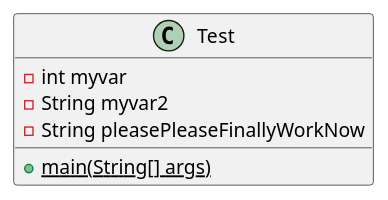
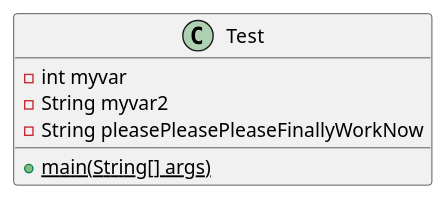
Before and after one commit to andrewdimmer/csi-3370-software-project-config-test: the diagram in docs/uml/test.puml, drawn with PlantUML.

```diff
--- a/docs/uml/test.puml
+++ b/docs/uml/test.puml
@@ -1,10 +1,10 @@
 @startuml test
 
 class Test {
     - int myvar
     - String myvar2
-    - String pleasePleaseFinallyWorkNow
+    - String pleasePleasePleaseFinallyWorkNow
     {static} + main(String[] args)
 }
 
 @enduml
```
